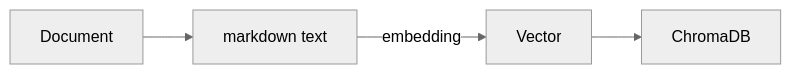
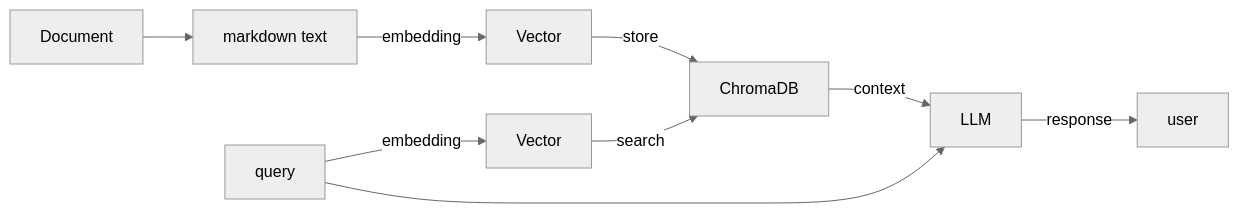
The diagram in README.md (arminwitte/fileraven), drawn with Mermaid (neutral theme) before and after one commit.

Commit message:
Aktualisieren von README.md

````diff
--- a/README.md
+++ b/README.md
@@ -5,6 +5,10 @@
 ```mermaid
 flowchart LR;
     A[Document] --> B[markdown text];
     B -- embedding --> C[Vector];
-    C --> D[ChromaDB];
+    C -- store --> D[ChromaDB];
+    E[query] -- embedding --> F[Vector] -- search --> D;
+    E --> G[LLM];
+    D -- context --> G;
+    G -- response --> H[user]
 ```
````
